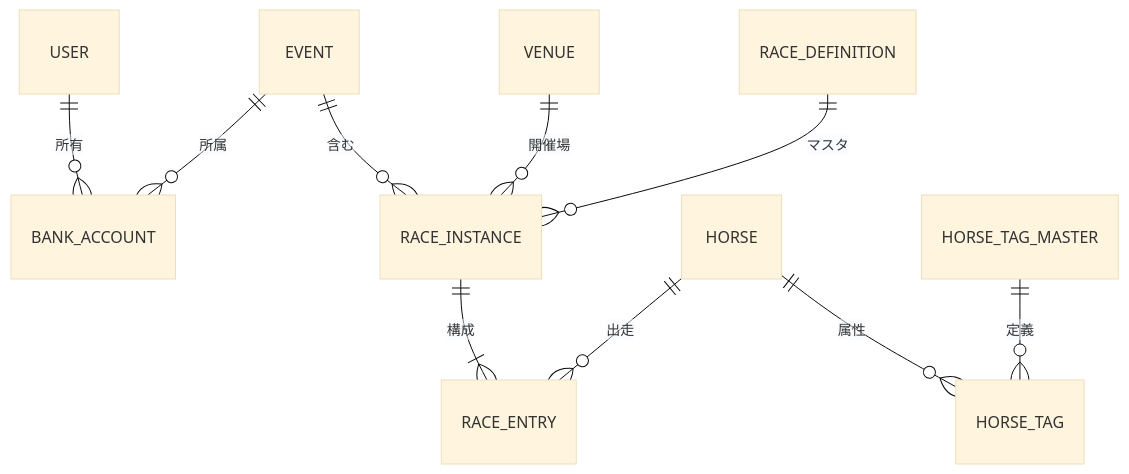
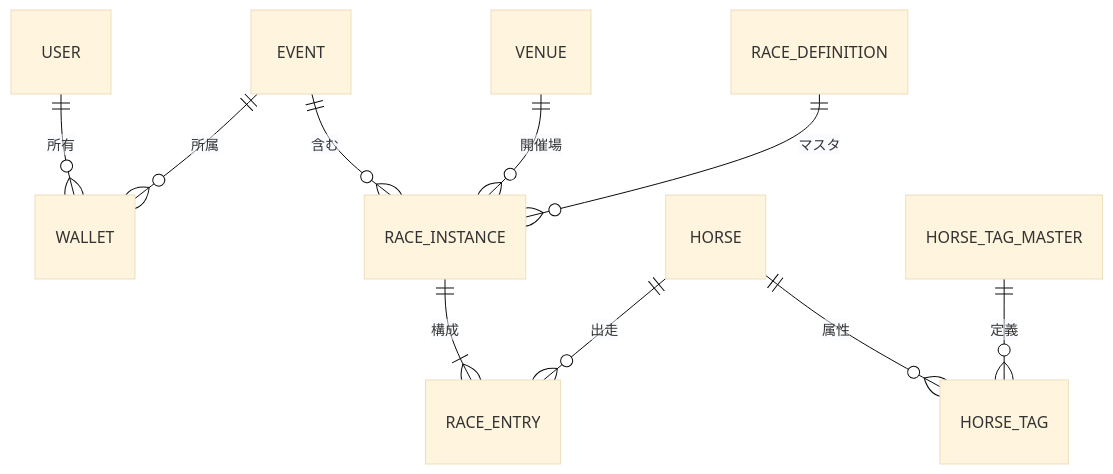
One commit to qwq-net/paper-tipster-web changed the diagram in docs/DATABASE_DESIGN.md. Above: the diagram before and after it, drawn with Mermaid (base theme). The commit also changed other lines of this file, not shown here.

````diff
--- a/docs/DATABASE_DESIGN.md
+++ b/docs/DATABASE_DESIGN.md
@@ -212,12 +214,12 @@
 ```mermaid
 erDiagram
-    USER ||--o{ BANK_ACCOUNT : "所有"
-    EVENT ||--o{ BANK_ACCOUNT : "所属"
+    USER ||--o{ WALLET : "所有"
+    EVENT ||--o{ WALLET : "所属"
     EVENT ||--o{ RACE_INSTANCE : "含む"
     VENUE ||--o{ RACE_INSTANCE : "開催場"
     RACE_DEFINITION ||--o{ RACE_INSTANCE : "マスタ"
     RACE_INSTANCE ||--|{ RACE_ENTRY : "構成"
     HORSE ||--o{ RACE_ENTRY : "出走"
     HORSE ||--o{ HORSE_TAG : "属性"
     HORSE_TAG_MASTER ||--o{ HORSE_TAG : "定義"
 ```
````
